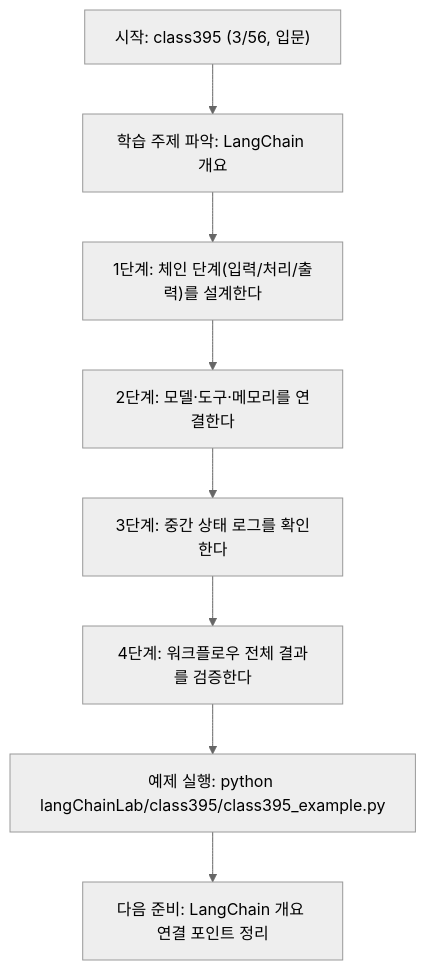
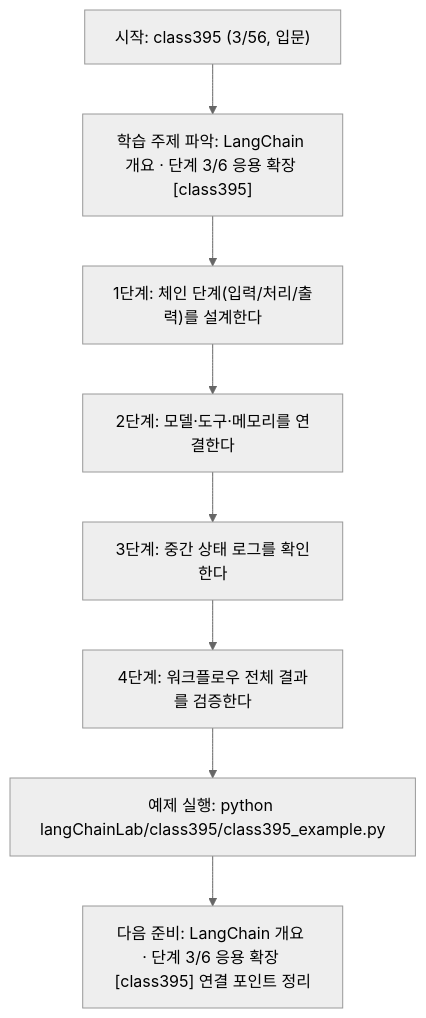
Before and after one commit to edumgt/Python-AI_Agent-Class: the diagram in langChainLab/class395/class395.md, drawn with Mermaid (neutral theme). The commit also changed other lines of this file and 522 other files, not shown here.

````diff
--- a/langChainLab/class395/class395.md
+++ b/langChainLab/class395/class395.md
@@ -108,18 +109,18 @@
 ```mermaid
 flowchart TD
 N1["시작: class395 (3/56, 입문)"]
-N2["학습 주제 파악: LangChain 개요"]
+N2["학습 주제 파악: LangChain 개요 · 단계 3/6 응용 확장 [class395]"]
 N3["1단계: 체인 단계(입력/처리/출력)를 설계한다"]
 N4["2단계: 모델·도구·메모리를 연결한다"]
 N5["3단계: 중간 상태 로그를 확인한다"]
 N6["4단계: 워크플로우 전체 결과를 검증한다"]
 N7["예제 실행: python langChainLab/class395/class395_example.py"]
-N8["다음 준비: LangChain 개요 연결 포인트 정리"]
+N8["다음 준비: LangChain 개요 · 단계 3/6 응용 확장 [class395] 연결 포인트 정리"]
 N1 --> N2
 N2 --> N3
 N3 --> N4
 N4 --> N5
 N5 --> N6
 N6 --> N7
 N7 --> N8
 ```
````
